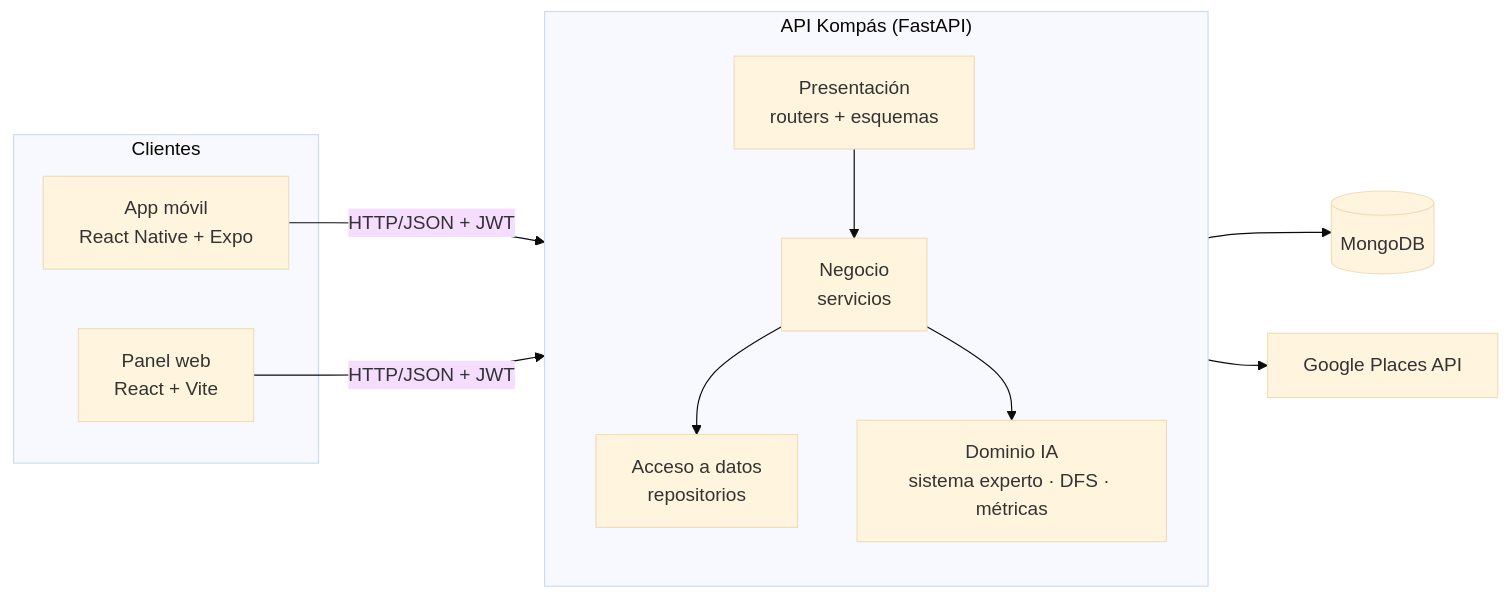
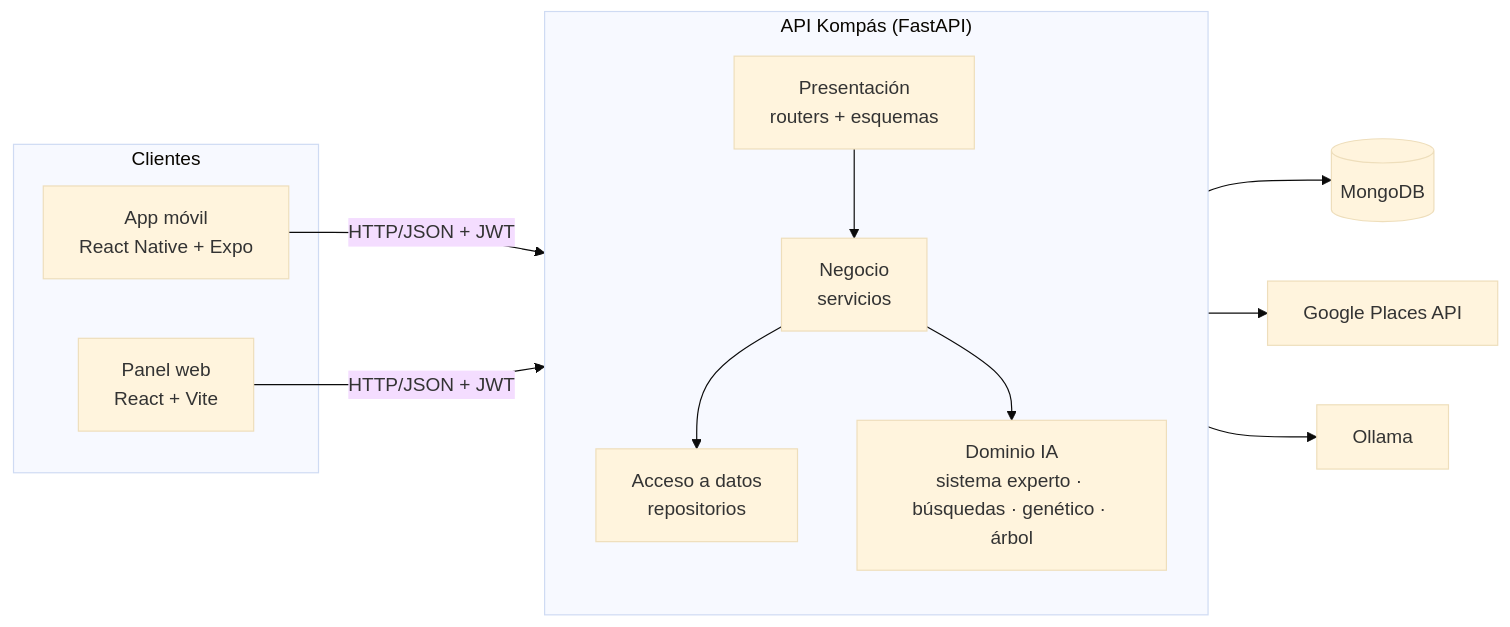
Before and after one commit to jirotrash/KompasAPPbeta: the third of 7 diagrams in DOCS/manual-tecnico/arquitectura.md, drawn with Mermaid (base theme). The commit also changed other lines of this file and 13 other files, not shown here.

Commit message:
Documenta la búsqueda informada, el genético, el árbol de paradas y el asistente

````diff
--- a/DOCS/manual-tecnico/arquitectura.md
+++ b/DOCS/manual-tecnico/arquitectura.md
@@ -99,20 +103,22 @@
 ```mermaid
 flowchart LR
   subgraph Clientes
     M[App móvil<br/>React Native + Expo]
     W[Panel web<br/>React + Vite]
   end
   subgraph API["API Kompás (FastAPI)"]
     direction TB
     P[Presentación<br/>routers + esquemas]
     N[Negocio<br/>servicios]
     D[Acceso a datos<br/>repositorios]
-    IA[Dominio IA<br/>sistema experto · DFS · métricas]
+    IA[Dominio IA<br/>sistema experto · búsquedas · genético · árbol]
   end
   DB[(MongoDB)]
   G[Google Places API]
+  O[Ollama]
   M & W -- HTTP/JSON + JWT --> P
   P --> N --> D --> DB
   N --> IA
   N --> G
+  N --> O
 ```
````
